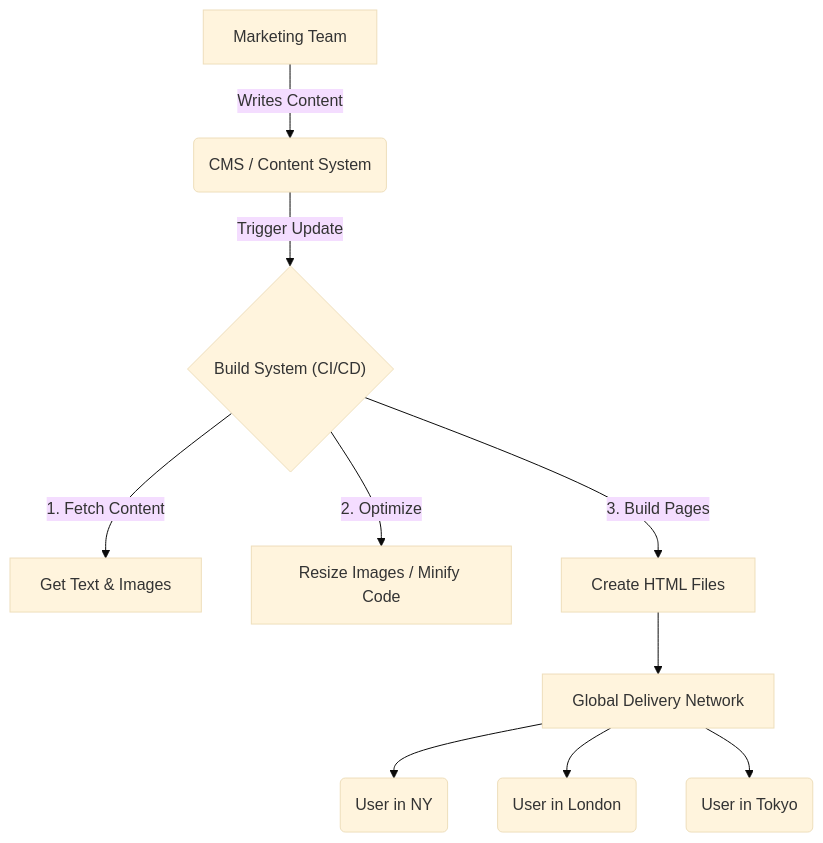
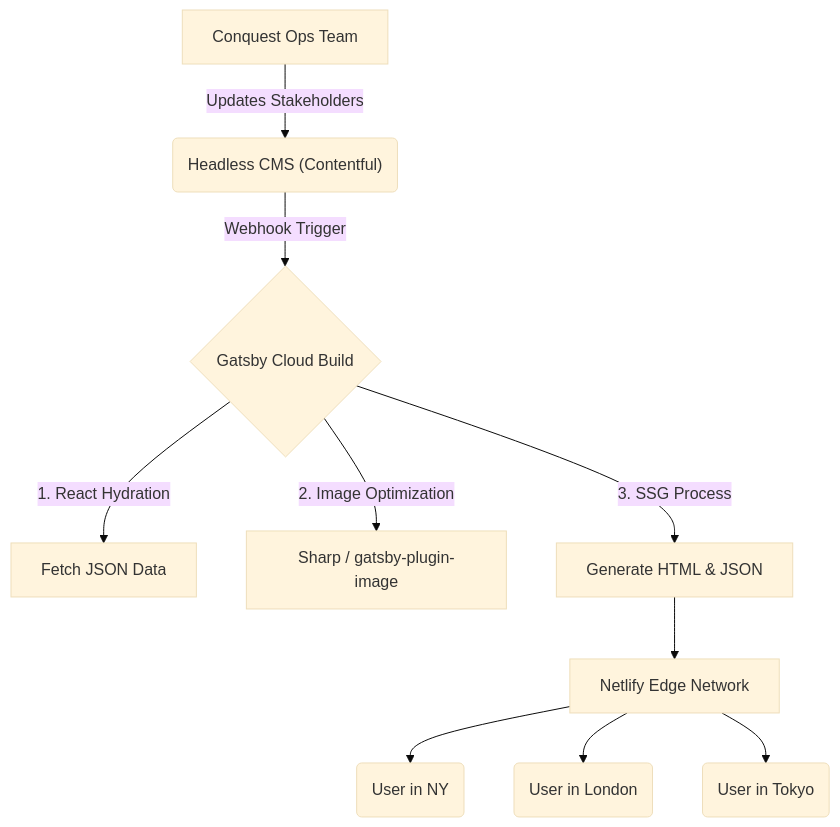
Before and after one commit to Krishna1186/conquest-website-architecture: the diagram in docs/performance_strategy.md, drawn with Mermaid (base theme).

Commit message:
docs: refine architecture diagram with specific tool names

````diff
--- a/docs/performance_strategy.md
+++ b/docs/performance_strategy.md
@@ -13,12 +13,12 @@
 ```mermaid
 graph TD
-    A["Marketing Team"] -->|Writes Content| B("CMS / Content System")
-    B -->|Trigger Update| C{"Build System (CI/CD)"}
-    C -->|1. Fetch Content| D["Get Text & Images"]
-    C -->|2. Optimize| E["Resize Images / Minify Code"]
-    C -->|3. Build Pages| F["Create HTML Files"]
-    F -->G["Global Delivery Network"]
+    A["Conquest Ops Team"] -->|Updates Stakeholders| B("Headless CMS (Contentful)")
+    B -->|Webhook Trigger| C{"Gatsby Cloud Build"}
+    C -->|1. React Hydration| D["Fetch JSON Data"]
+    C -->|2. Image Optimization| E["Sharp / gatsby-plugin-image"]
+    C -->|3. SSG Process| F["Generate HTML & JSON"]
+    F -->G["Netlify Edge Network"]
     G -->H("User in NY")
     G -->I("User in London")
     G -->J("User in Tokyo")
 ```
````
